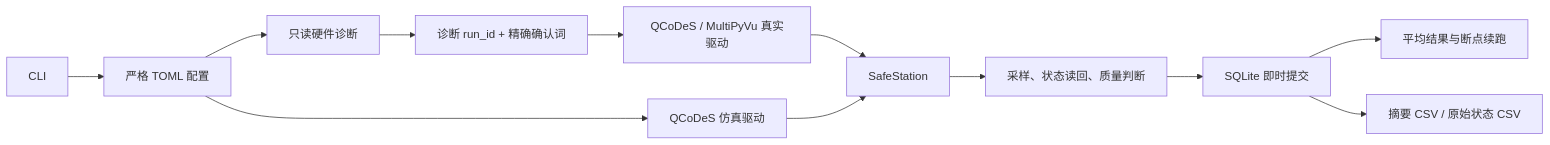
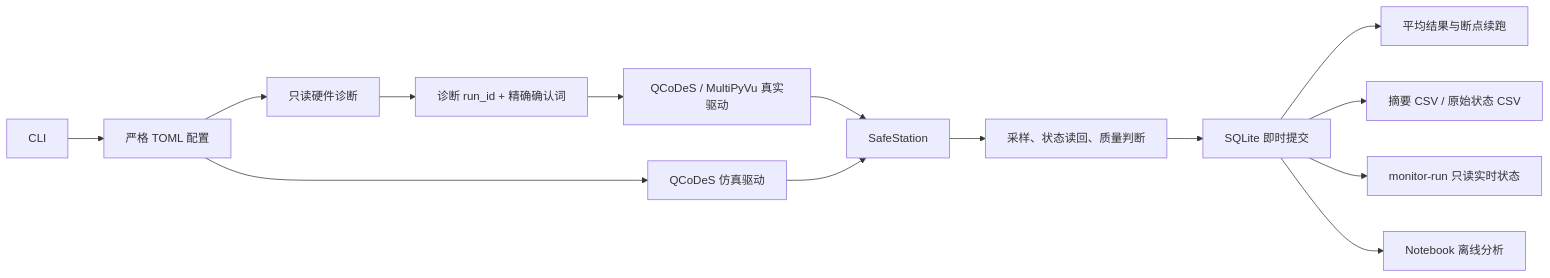
The diagram in docs/DESIGN_GOALS.md (jerryleeinhz/PPMS), drawn with Mermaid before and after one commit. The commit also changed other lines of this file and 16 other files, not shown here.

Commit message:
feat: add run monitor and analysis notebook

````diff
--- a/docs/DESIGN_GOALS.md
+++ b/docs/DESIGN_GOALS.md
@@ -81,14 +90,16 @@
 ```mermaid
 flowchart LR
     CLI["CLI"] --> Config["严格 TOML 配置"]
     Config --> Diagnostic["只读硬件诊断"]
     Diagnostic --> Authorization["诊断 run_id + 精确确认词"]
     Authorization --> Drivers["QCoDeS / MultiPyVu 真实驱动"]
     Config --> Simulation["QCoDeS 仿真驱动"]
     Drivers --> Safety["SafeStation"]
     Simulation --> Safety
     Safety --> Acquisition["采样、状态读回、质量判断"]
     Acquisition --> SQLite["SQLite 即时提交"]
     SQLite --> Summary["平均结果与断点续跑"]
     SQLite --> Export["摘要 CSV / 原始状态 CSV"]
+    SQLite --> Monitor["monitor-run 只读实时状态"]
+    SQLite --> Notebook["Notebook 离线分析"]
 ```
````
